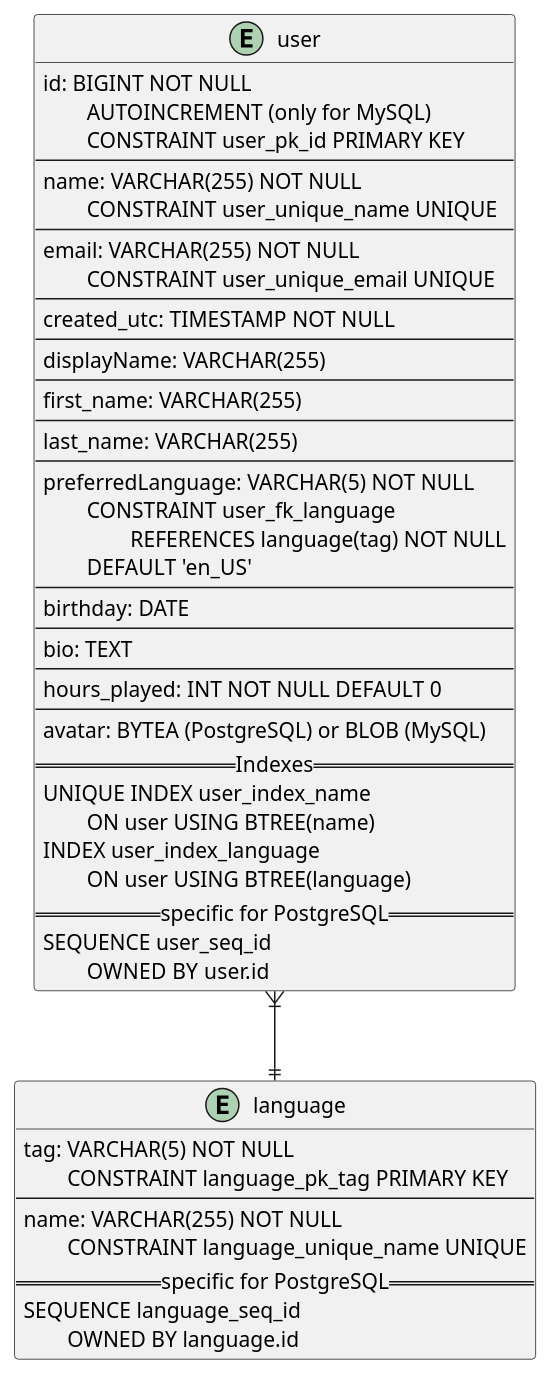
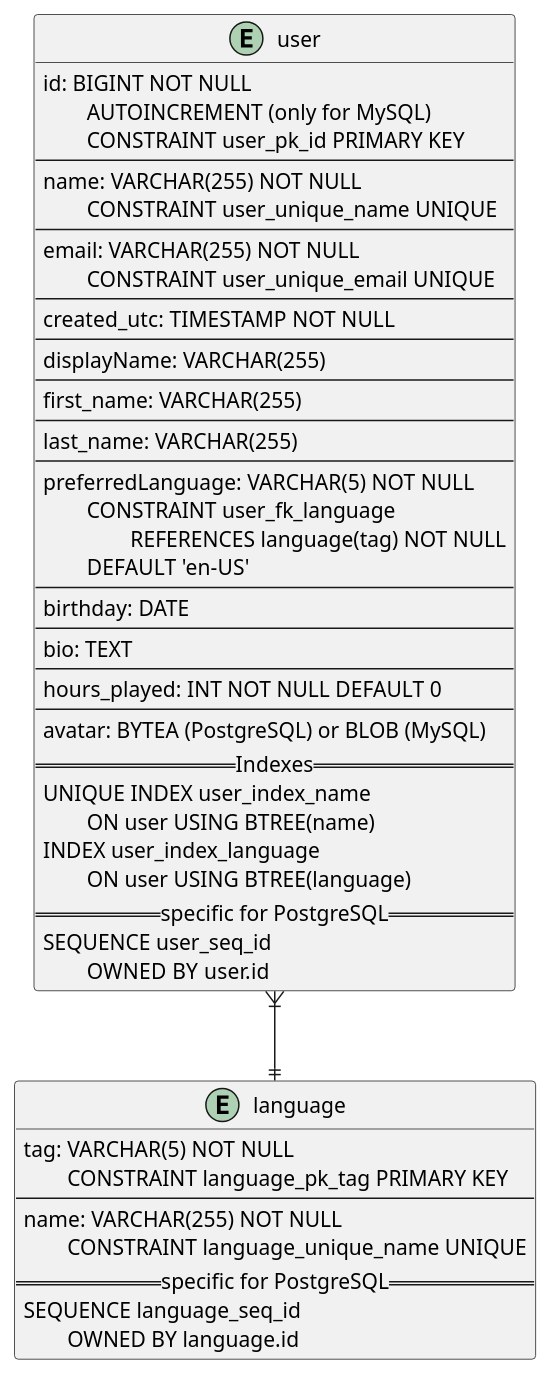
One commit to turing85/untitled-rpg-webapp changed the diagram in doc/datamodel/ERD.puml. Above: the diagram before and after it, drawn with PlantUML. The commit also changed 2 other files, not shown here.

```diff
--- a/doc/datamodel/ERD.puml
+++ b/doc/datamodel/ERD.puml
@@ -1,57 +1,57 @@
 @startuml
 
 entity user {
     id: BIGINT NOT NULL
     \tAUTOINCREMENT (only for MySQL)
     \tCONSTRAINT user_pk_id PRIMARY KEY
     --
     name: VARCHAR(255) NOT NULL
     \tCONSTRAINT user_unique_name UNIQUE
     --
     email: VARCHAR(255) NOT NULL
     \tCONSTRAINT user_unique_email UNIQUE
     --
     created_utc: TIMESTAMP NOT NULL
     --
     displayName: VARCHAR(255)
     --
     first_name: VARCHAR(255)
     --
     last_name: VARCHAR(255)
     --
     preferredLanguage: VARCHAR(5) NOT NULL
     \tCONSTRAINT user_fk_language
     \t\tREFERENCES language(tag) NOT NULL
-    \tDEFAULT 'en_US'
+    \tDEFAULT 'en-US'
     --
     birthday: DATE
     --
     bio: TEXT
     --
     hours_played: INT NOT NULL DEFAULT 0
     --
     avatar: BYTEA (PostgreSQL) or BLOB (MySQL)
     == Indexes ==
     UNIQUE INDEX user_index_name
     \tON user USING BTREE(name)
     INDEX user_index_language
     \tON user USING BTREE(language)
     == specific for PostgreSQL ==
     SEQUENCE user_seq_id
     \tOWNED BY user.id
 }
 
 entity language {
     tag: VARCHAR(5) NOT NULL
     \tCONSTRAINT language_pk_tag PRIMARY KEY
     --
     name: VARCHAR(255) NOT NULL
     \tCONSTRAINT language_unique_name UNIQUE
     == specific for PostgreSQL ==
     SEQUENCE language_seq_id
     \tOWNED BY language.id
 }
 
 user }|--|| language
 
 @enduml
```
